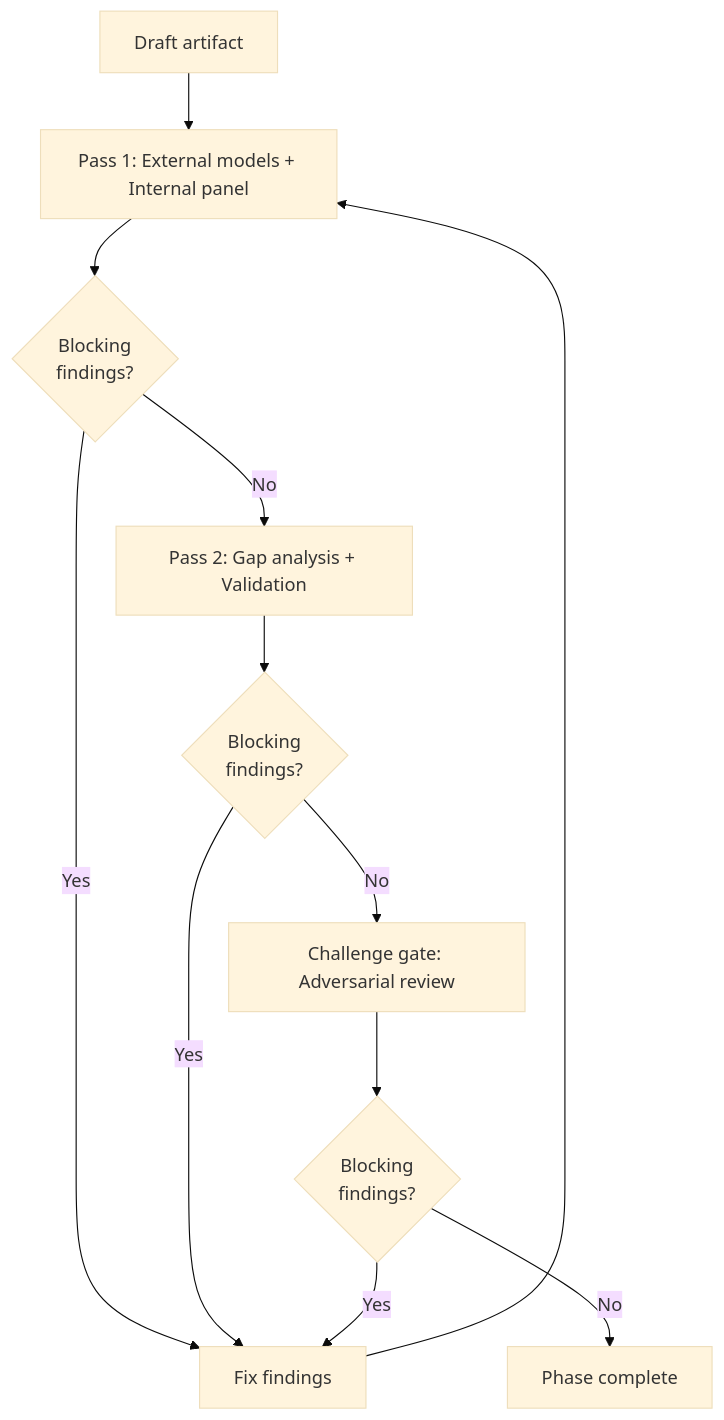
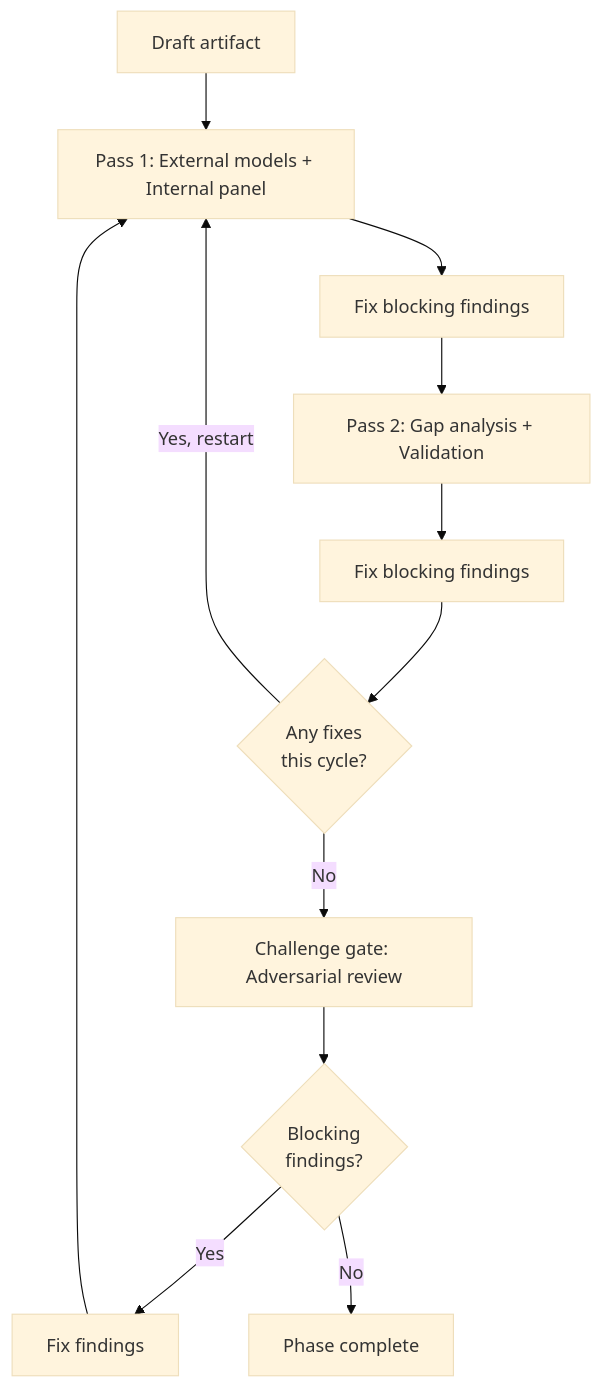
The second of 2 diagrams in README.md (tonfield/claude-phasebook), drawn with Mermaid (base theme) before and after one commit.

Commit message:
docs: fix review cycle diagram to match actual protocol
Pass 1 fix always goes to Pass 2 (not back to Pass 1). The cyclical
restart check happens once after Pass 2 — "did either pass have fixes
this cycle?" If yes, restart from Pass 1. This matches review-cycle.md
line 88 and the Cyclical Restart section.

````diff
--- a/README.md
+++ b/README.md
@@ -117,14 +117,13 @@
 ```mermaid
 flowchart TD
     A[Draft artifact] --> B[Pass 1: External models + Internal panel]
-    B --> C{Blocking\nfindings?}
-    C -->|Yes| Fix[Fix findings]
-    Fix --> B
-    C -->|No| E[Pass 2: Gap analysis + Validation]
-    E --> F{Blocking\nfindings?}
-    F -->|Yes| Fix
+    B --> Fix1[Fix blocking findings]
+    Fix1 --> E[Pass 2: Gap analysis + Validation]
+    E --> Fix2[Fix blocking findings]
+    Fix2 --> F{Any fixes\nthis cycle?}
+    F -->|Yes, restart| B
     F -->|No| H[Challenge gate: Adversarial review]
     H --> I{Blocking\nfindings?}
-    I -->|Yes| Fix
+    I -->|Yes| Fix3[Fix findings] --> B
     I -->|No| K[Phase complete]
 ```
````
